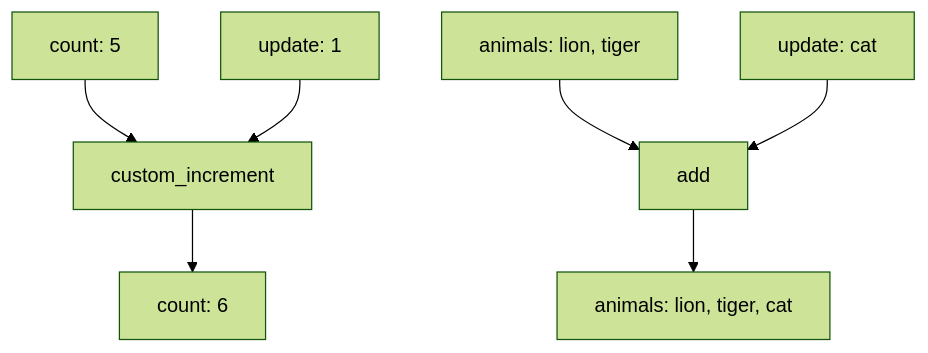
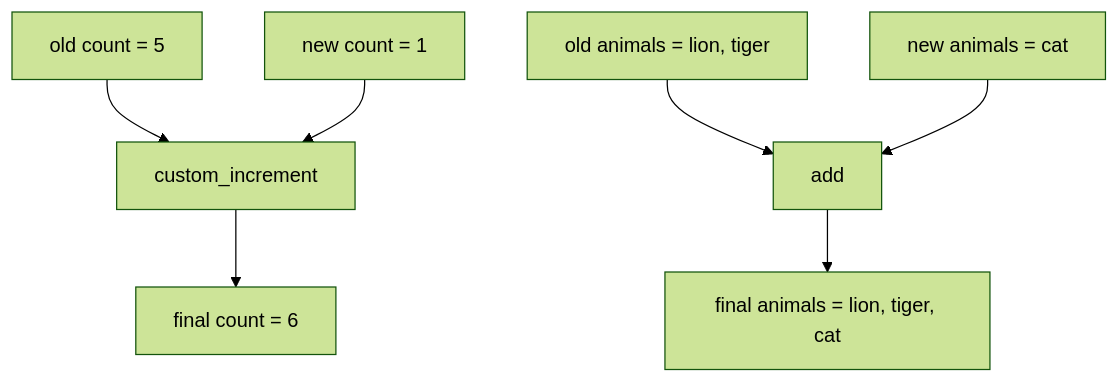
One commit to Walid-Ahmed/langgraph-tutorials changed the third of 4 diagrams in 2-Reducer/README.md. Above: the diagram before and after it, drawn with Mermaid (forest theme). The commit also changed other lines of this file and 4 other files, not shown here.

````diff
--- a/2-Reducer/README.md
+++ b/2-Reducer/README.md
@@ -120,10 +107,10 @@
 ```mermaid
 flowchart TD
-    A["count: 5"] --> R1["custom_increment"]
-    B["update: 1"] --> R1
-    R1 --> C["count: 6"]
+    A["old count = 5"] --> R1["custom_increment"]
+    B["new count = 1"] --> R1
+    R1 --> C["final count = 6"]
 
-    D["animals: lion, tiger"] --> R2["add"]
-    E["update: cat"] --> R2
-    R2 --> F["animals: lion, tiger, cat"]
+    D["old animals = lion, tiger"] --> R2["add"]
+    E["new animals = cat"] --> R2
+    R2 --> F["final animals = lion, tiger, cat"]
 ```
````
